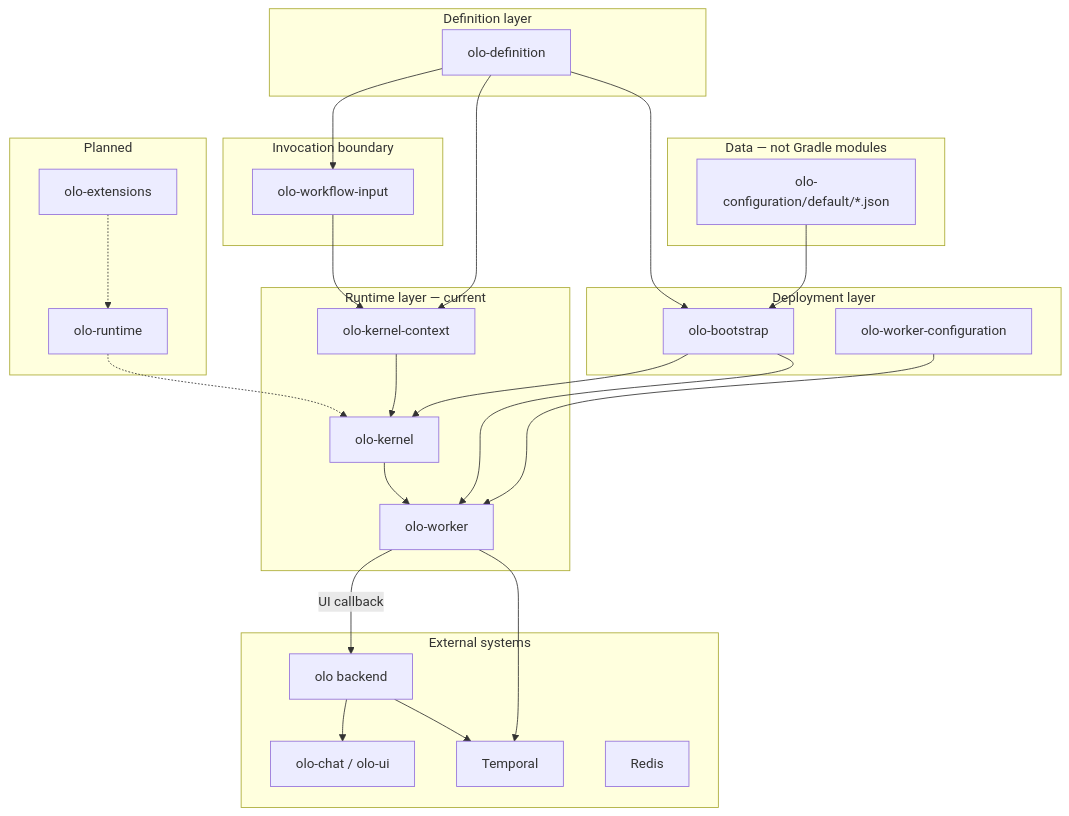
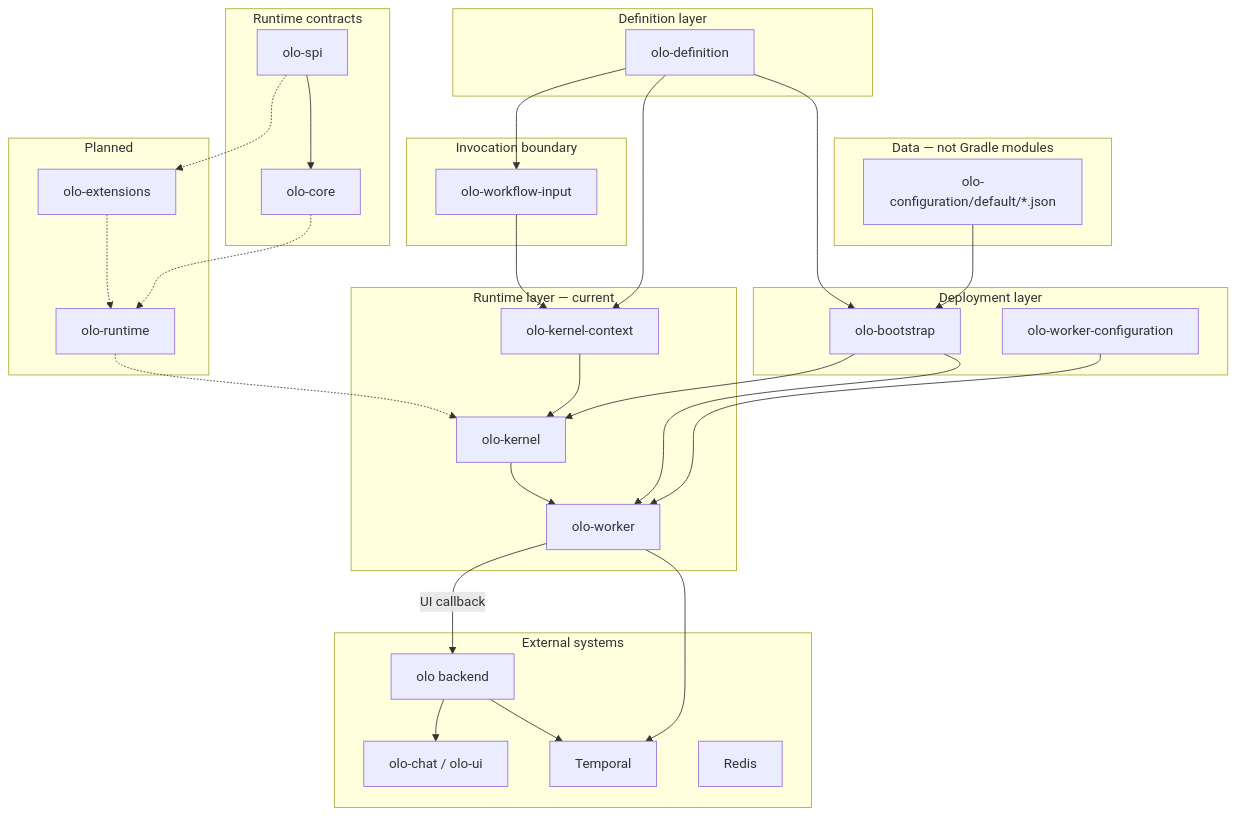
Before and after one commit to olo-labs/olo-mono: the first of 3 diagrams in docs/ARCHITECTURE.md, drawn with Mermaid. The commit also changed other lines of this file and 149 other files, not shown here.

````diff
--- a/docs/ARCHITECTURE.md
+++ b/docs/ARCHITECTURE.md
@@ -14,54 +14,62 @@
 ```mermaid
 flowchart TB
     subgraph external [External systems]
         UI[olo-chat / olo-ui]
         API[olo backend]
         TMP[Temporal]
         REDIS[Redis]
     end
 
     subgraph data [Data — not Gradle modules]
         CFG[olo-configuration/default/*.json]
     end
 
     subgraph definition [Definition layer]
         OD[olo-definition]
     end
 
     subgraph boundary [Invocation boundary]
         OWI[olo-workflow-input]
     end
 
     subgraph deploy [Deployment layer]
         OWC[olo-worker-configuration]
         OB[olo-bootstrap]
     end
 
     subgraph runtime [Runtime layer — current]
         OKC[olo-kernel-context]
         OK[olo-kernel]
         OW[olo-worker]
     end
 
+    subgraph contracts [Runtime contracts]
+        SPI[olo-spi]
+        OC[olo-core]
+    end
+
     subgraph planned [Planned]
         OR[olo-runtime]
         OE[olo-extensions]
     end
 
     CFG --> OB
     OD --> OWI
     OD --> OB
     OD --> OKC
     OWI --> OKC
     OWC --> OW
     OB --> OW
     OB --> OK
     OKC --> OK
     OK --> OW
     OW --> TMP
     API --> TMP
     API --> UI
     OW -->|UI callback| API
+    SPI --> OC
+    OC -.-> OR
+    SPI -.-> OE
     OR -.-> OK
     OE -.-> OR
 ```
````
